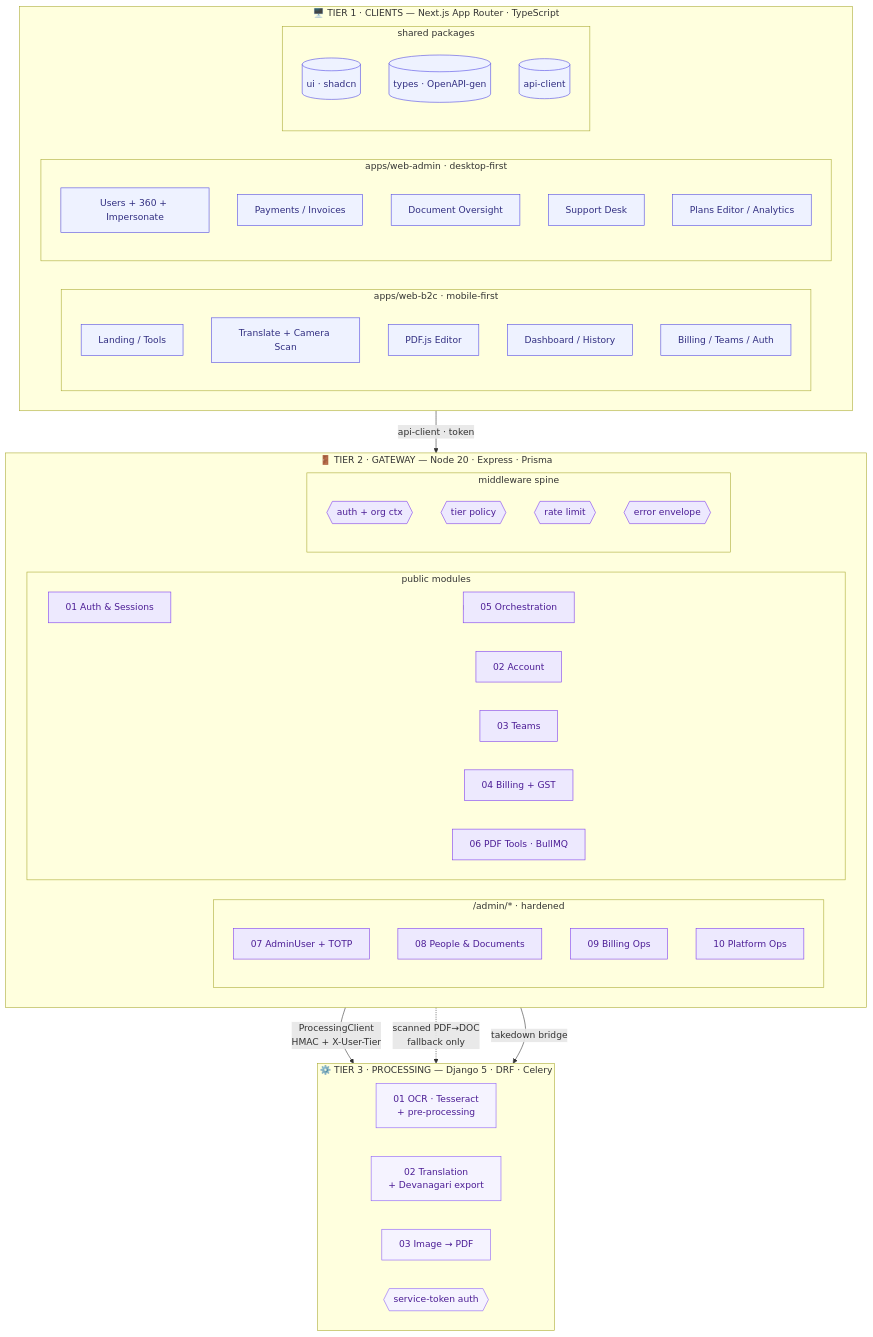
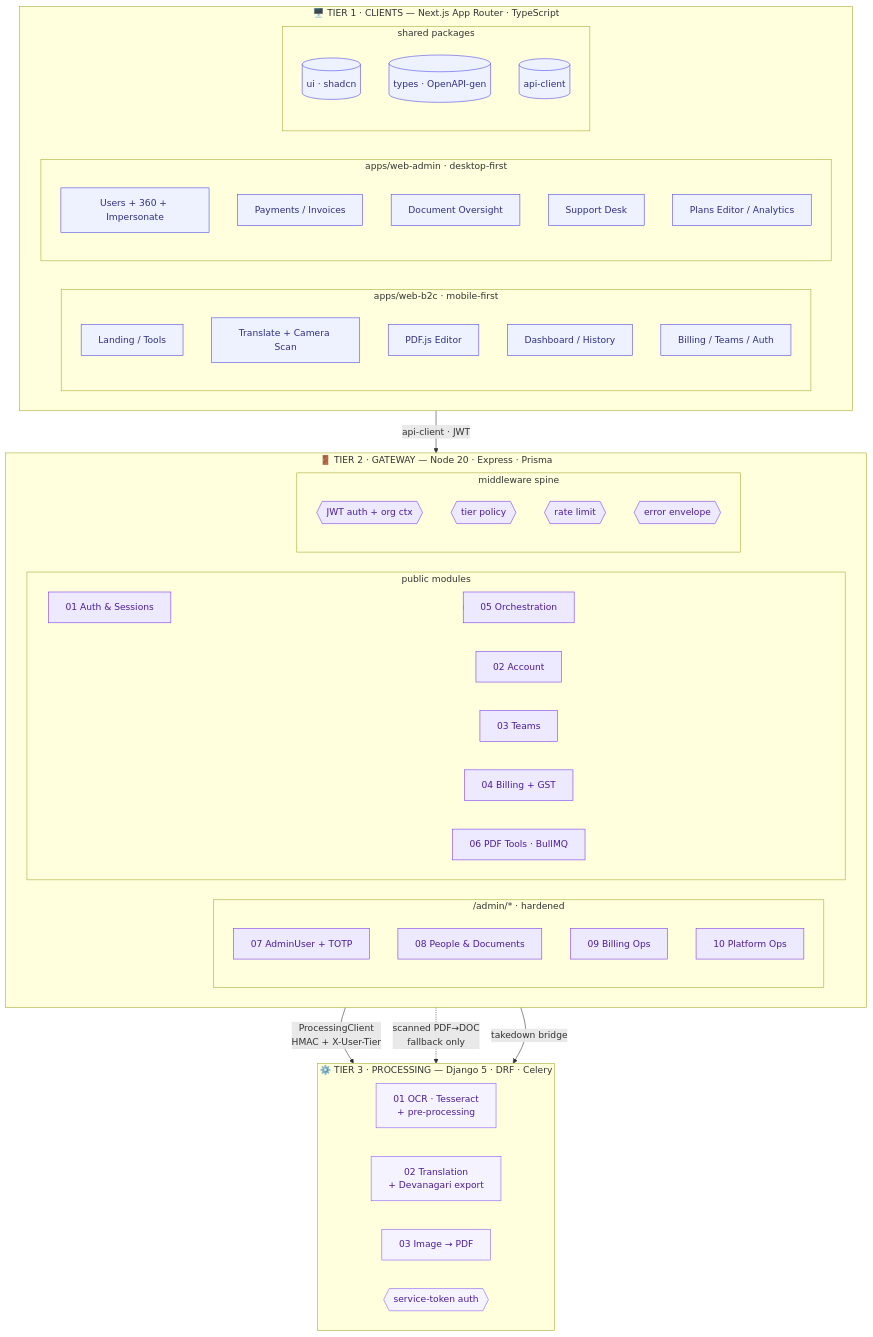
The second of 11 diagrams in architecture_diagrams.md (Mrutunjay50/DOCS), drawn with Mermaid before and after one commit. The commit also changed other lines of this file, not shown here.

````diff
--- a/architecture_diagrams.md
+++ b/architecture_diagrams.md
@@ -57,70 +55,70 @@
 ```mermaid
 flowchart TB
     subgraph T1["🖥️ TIER 1 · CLIENTS — Next.js App Router · TypeScript"]
         direction LR
         subgraph B2C["apps/web-b2c · mobile-first"]
             b1[Landing / Tools]
             b2[Translate + Camera Scan]
             b3[PDF.js Editor]
             b4[Dashboard / History]
             b5[Billing / Teams / Auth]
         end
         subgraph ADM["apps/web-admin · desktop-first"]
             a1[Users + 360 + Impersonate]
             a2[Payments / Invoices]
             a3[Document Oversight]
             a4[Support Desk]
             a5[Plans Editor / Analytics]
         end
         subgraph PKG["shared packages"]
             p1[(ui · shadcn)]
             p2[(types · OpenAPI-gen)]
             p3[(api-client)]
         end
     end
 
     subgraph T2["🚪 TIER 2 · GATEWAY — Node 20 · Express · Prisma"]
         direction LR
         subgraph PUB["public modules"]
             m1[01 Auth & Sessions]
             m2[02 Account]
             m3[03 Teams]
             m4[04 Billing + GST]
             m5[05 Orchestration]
             m6[06 PDF Tools · BullMQ]
         end
         subgraph ADMB["/admin/* · hardened"]
             n1[07 AdminUser + TOTP]
             n2[08 People & Documents]
             n3[09 Billing Ops]
             n4[10 Platform Ops]
         end
         subgraph MID["middleware spine"]
-            x1{{auth + org ctx}}
+            x1{{JWT auth + org ctx}}
             x2{{tier policy}}
             x3{{rate limit}}
             x4{{error envelope}}
         end
     end
 
     subgraph T3["⚙️ TIER 3 · PROCESSING — Django 5 · DRF · Celery"]
         direction LR
         d1[01 OCR · Tesseract<br/>+ pre-processing]
         d2[02 Translation<br/>+ Devanagari export]
         d3[03 Image → PDF]
         d4{{service-token auth}}
     end
 
-    T1 -- "api-client · token" --> MID
+    T1 -- "api-client · JWT" --> MID
     PUB --> m5
     m5 -- "ProcessingClient<br/>HMAC + X-User-Tier" --> d4
     m6 -. "scanned PDF→DOC<br/>fallback only" .-> d4
     ADMB -- "takedown bridge" --> d4
 
     classDef t1 fill:#EEF2FF,stroke:#4F46E5,color:#312E81;
     classDef t2 fill:#EDE9FE,stroke:#7C3AED,color:#4C1D95;
     classDef t3 fill:#F5F3FF,stroke:#8B5CF6,color:#4C1D95;
     class b1,b2,b3,b4,b5,a1,a2,a3,a4,a5,p1,p2,p3 t1;
     class m1,m2,m3,m4,m5,m6,n1,n2,n3,n4,x1,x2,x3,x4 t2;
     class d1,d2,d3,d4 t3;
 ```
````
